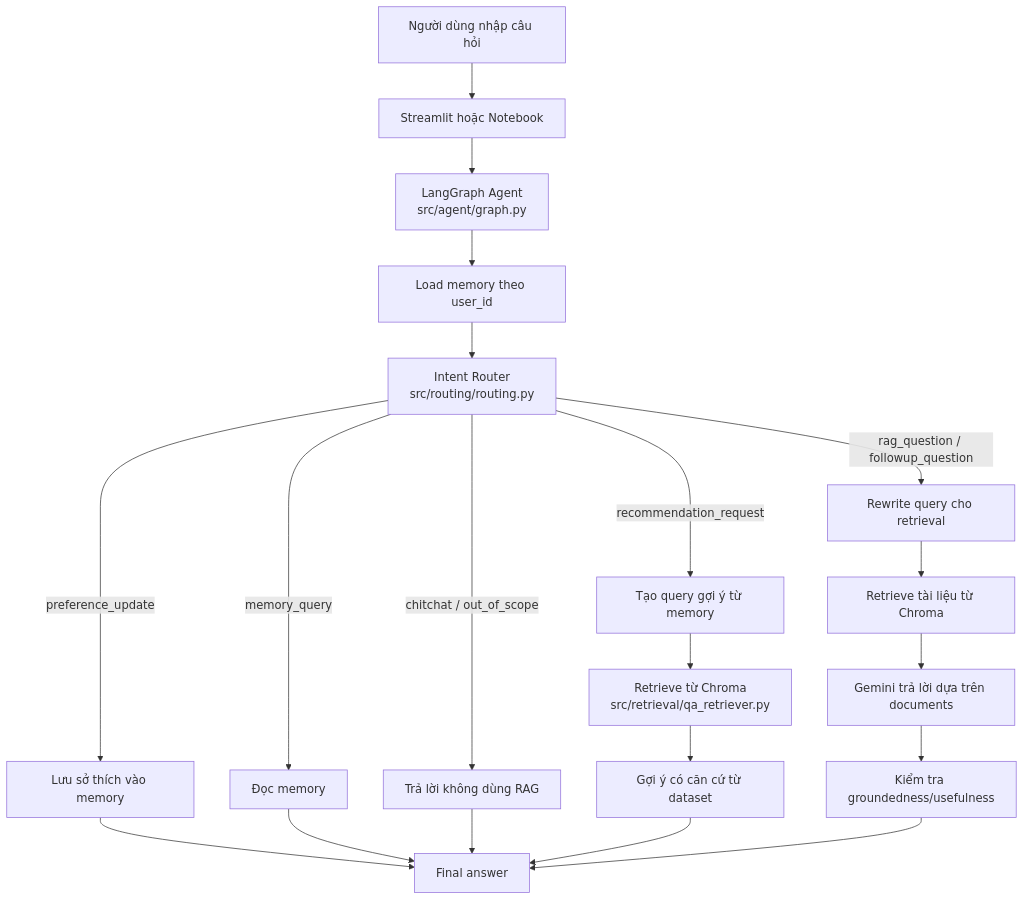
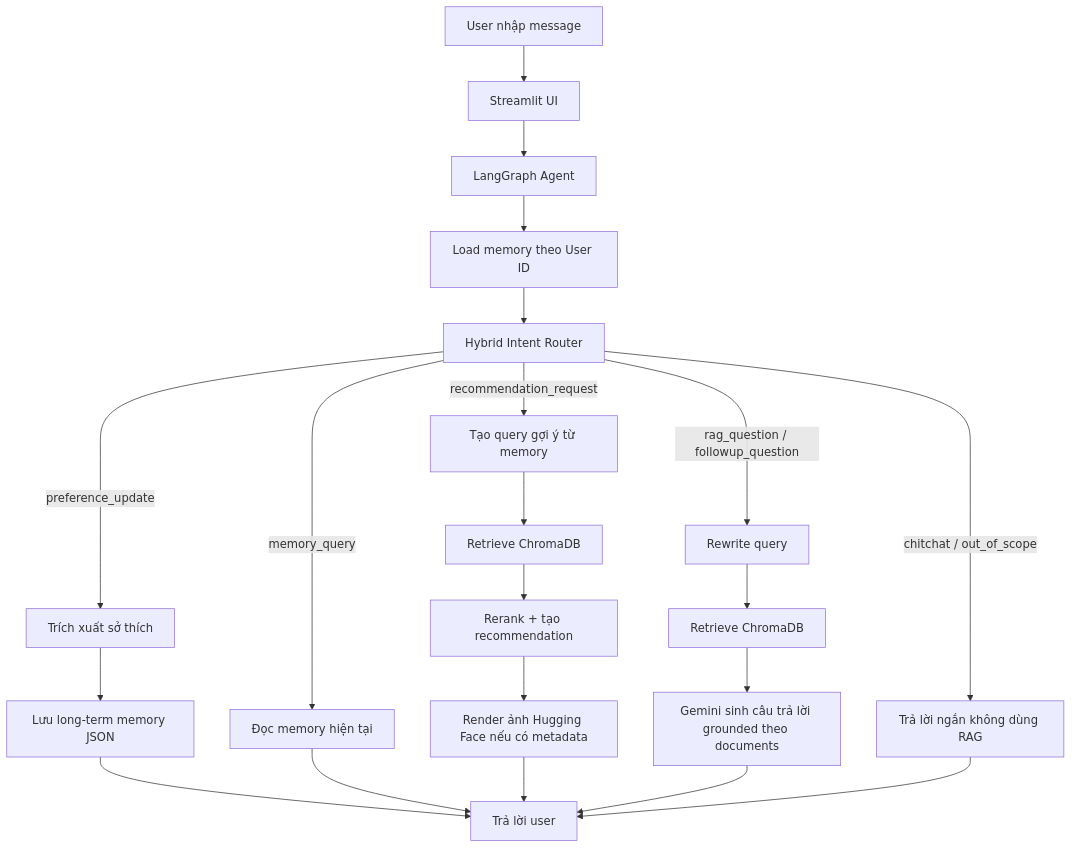
One commit to KhanhDao1512/VietCulture_Rag changed the diagram in README.md. Above: the diagram before and after it, drawn with Mermaid. The commit also changed other lines of this file and 23 other files, not shown here.

````diff
--- a/README.md
+++ b/README.md
@@ -21,26 +18,28 @@
 ```mermaid
 flowchart TD
-    A["Người dùng nhập câu hỏi"] --> B["Streamlit hoặc Notebook"]
-    B --> C["LangGraph Agent<br/>src/agent/graph.py"]
-    C --> D["Load memory theo user_id"]
-    D --> E["Intent Router<br/>src/routing/routing.py"]
+    A["User nhập message"] --> B["Streamlit UI"]
+    B --> C["LangGraph Agent"]
+    C --> D["Load memory theo User ID"]
+    D --> E["Hybrid Intent Router"]
 
-    E -->|"preference_update"| F["Lưu sở thích vào memory"]
-    E -->|"memory_query"| G["Đọc memory"]
-    E -->|"recommendation_request"| H["Tạo query gợi ý từ memory"]
-    E -->|"rag_question / followup_question"| I["Rewrite query cho retrieval"]
-    E -->|"chitchat / out_of_scope"| J["Trả lời không dùng RAG"]
+    E -->|"preference_update"| F["Trích xuất sở thích"]
+    F --> G["Lưu long-term memory JSON"]
+    G --> Z["Trả lời user"]
 
-    H --> K["Retrieve từ Chroma<br/>src/retrieval/qa_retriever.py"]
-    K --> L["Gợi ý có căn cứ từ dataset"]
+    E -->|"memory_query"| H["Đọc memory hiện tại"]
+    H --> Z
 
-    I --> M["Retrieve tài liệu từ Chroma"]
-    M --> N["Gemini trả lời dựa trên documents"]
-    N --> O["Kiểm tra groundedness/usefulness"]
+    E -->|"recommendation_request"| I["Tạo query gợi ý từ memory"]
+    I --> J["Retrieve ChromaDB"]
+    J --> K["Rerank + tạo recommendation"]
+    K --> L["Render ảnh Hugging Face nếu có metadata"]
+    L --> Z
 
-    F --> P["Final answer"]
-    G --> P
-    J --> P
-    L --> P
-    O --> P
+    E -->|"rag_question / followup_question"| M["Rewrite query"]
+    M --> N["Retrieve ChromaDB"]
+    N --> O["Gemini sinh câu trả lời grounded theo documents"]
+    O --> Z
+
+    E -->|"chitchat / out_of_scope"| P["Trả lời ngắn không dùng RAG"]
+    P --> Z
 ```
````
